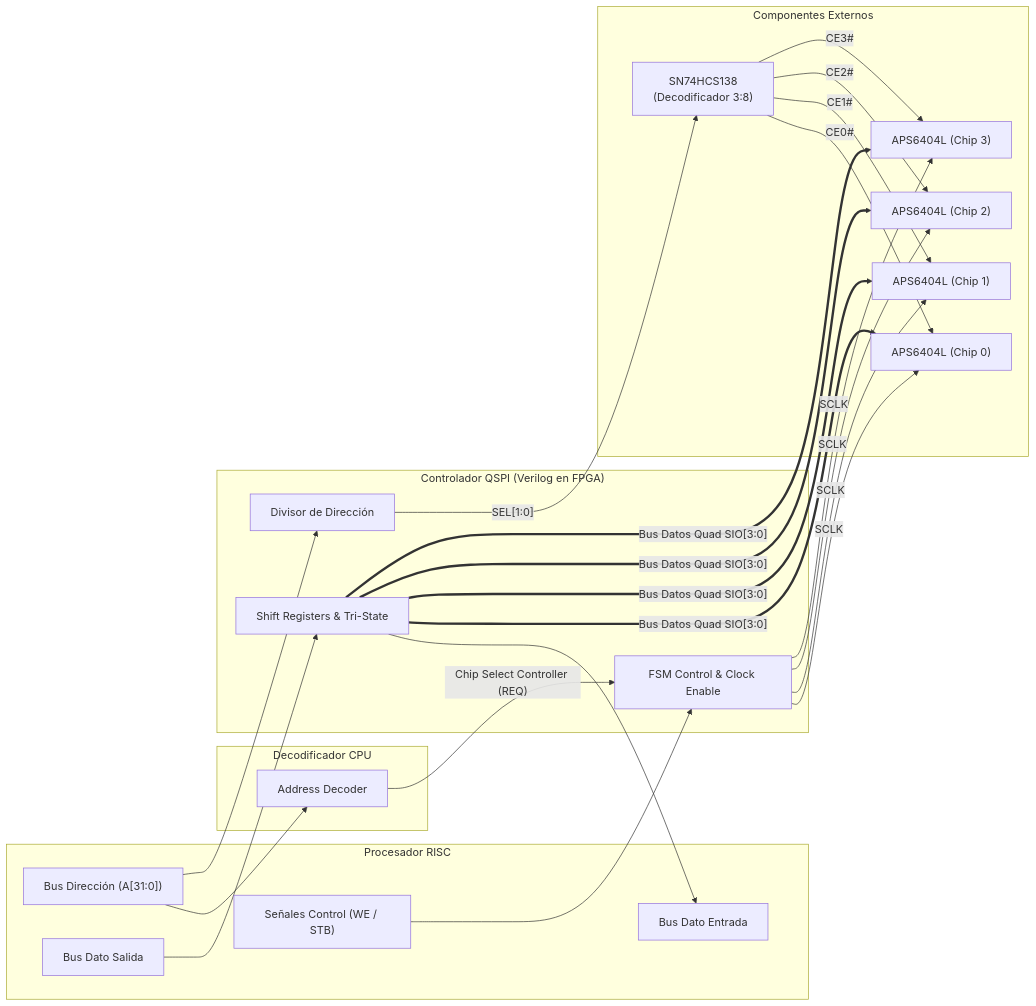
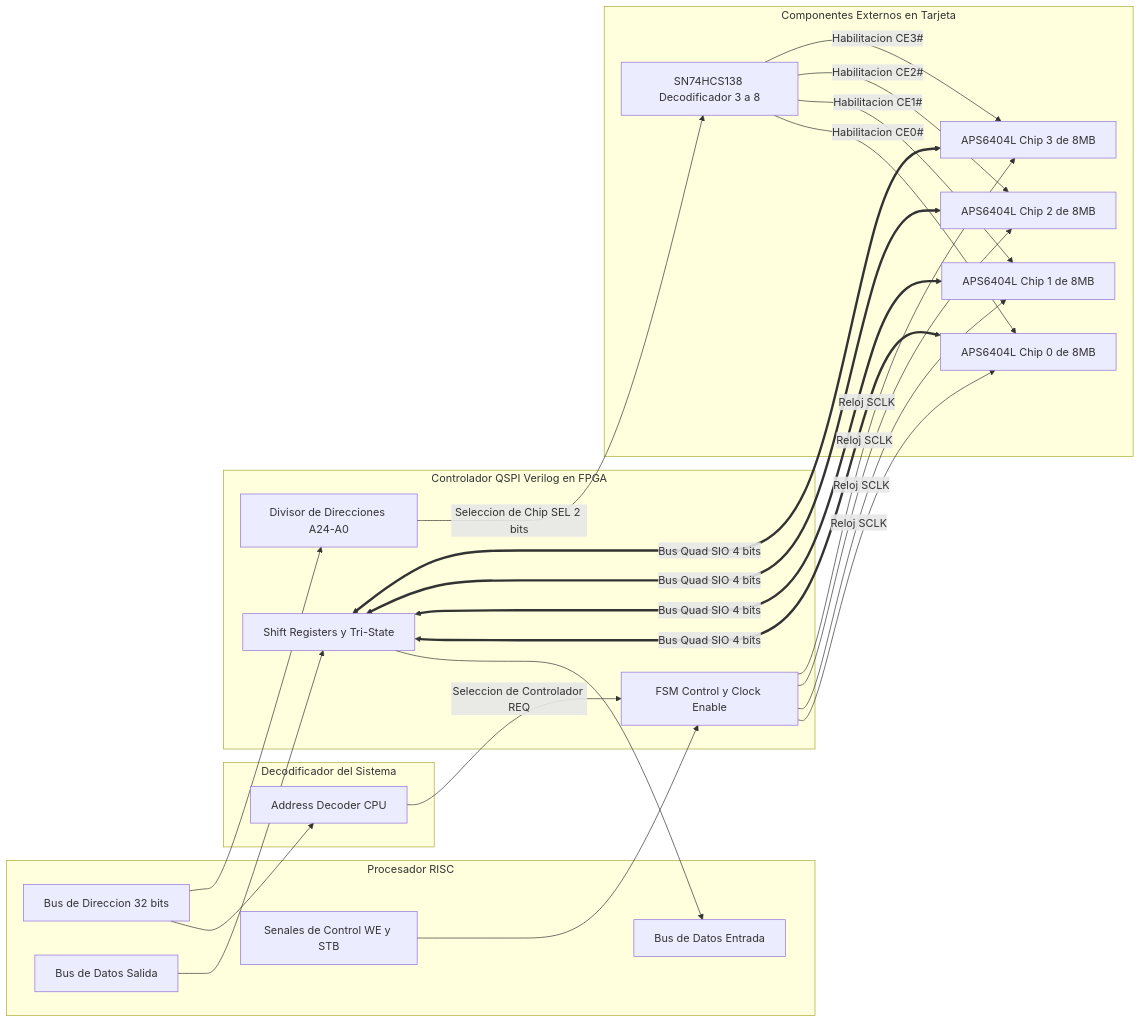
Before and after one commit to KUBIX2026/SPI_RAM: the second of 2 diagrams in spiram_ctrl.v/Readme.md, drawn with Mermaid.

Commit message:
Update Readme.md
Correcting graph and flowchart.

````diff
--- a/spiram_ctrl.v/Readme.md
+++ b/spiram_ctrl.v/Readme.md
@@ -88,48 +88,55 @@
 ```mermaid
 graph LR
-    subgraph CPU ["Procesador RISC"]
-        ADDR_BUS["Bus Dirección (A[31:0])"]
-        DATA_OUT["Bus Dato Salida"]
-        DATA_IN["Bus Dato Entrada"]
-        CTRL_BUS["Señales Control (WE / STB)"]
+    subgraph CPU [Procesador RISC]
+        ADDR_BUS[Bus de Direccion 32 bits]
+        DATA_OUT[Bus de Datos Salida]
+        DATA_IN[Bus de Datos Entrada]
+        CTRL_BUS[Senales de Control WE y STB]
     end
 
-    subgraph DECODER_SYS ["Decodificador CPU"]
-        ADDR_DEC["Address Decoder"]
+    subgraph DECODER_SYS [Decodificador del Sistema]
+        ADDR_DEC[Address Decoder CPU]
     end
 
-    subgraph CTRL_MODULE ["Controlador QSPI (Verilog en FPGA)"]
-        FSM["FSM Control & Clock Enable"]
-        DATA_REG["Shift Registers & Tri-State"]
-        ADDR_SPLIT["Divisor de Dirección"]
+    subgraph CTRL_MODULE [Controlador QSPI Verilog en FPGA]
+        FSM[FSM Control y Clock Enable]
+        DATA_REG[Shift Registers y Tri-State]
+        ADDR_SPLIT[Divisor de Direcciones A24-A0]
     end
 
-    subgraph HARDWARE_EXT ["Componentes Externos"]
-        DECODER_138["SN74HCS138<br>(Decodificador 3:8)"]
-        RAM0["APS6404L (Chip 0)"]
-        RAM1["APS6404L (Chip 1)"]
-        RAM2["APS6404L (Chip 2)"]
-        RAM3["APS6404L (Chip 3)"]
+    subgraph HARDWARE_EXT [Componentes Externos en Tarjeta]
+        DECODER_138[SN74HCS138 Decodificador 3 a 8]
+        RAM0[APS6404L Chip 0 de 8MB]
+        RAM1[APS6404L Chip 1 de 8MB]
+        RAM2[APS6404L Chip 2 de 8MB]
+        RAM3[APS6404L Chip 3 de 8MB]
     end
 
-    %% Conexiones CPU a Decodificador de Sistema
+    %% Conexiones CPU hacia Decodificador de Direcciones
     ADDR_BUS --> ADDR_DEC
-    ADDR_DEC -- "Chip Select Controller (REQ)" --> FSM
+    ADDR_DEC -- Seleccion de Controlador REQ --> FSM
 
-    %% Conexiones CPU a Controlador
+    %% Conexiones CPU hacia Controlador
     ADDR_BUS --> ADDR_SPLIT
     DATA_OUT --> DATA_REG
     DATA_REG --> DATA_IN
     CTRL_BUS --> FSM
 
-    %% Conexiones Controlador a Ext
-    ADDR_SPLIT -- "SEL[1:0]" --> DECODER_138
-    FSM -- "SCLK" --> RAM0 & RAM1 & RAM2 & RAM3
-    DATA_REG == "Bus Datos Quad SIO[3:0]" ==> RAM0 & RAM1 & RAM2 & RAM3
+    %% Conexiones internas y hacia externos desde el Controlador
+    ADDR_SPLIT -- Seleccion de Chip SEL 2 bits --> DECODER_138
+    FSM -- Reloj SCLK --> RAM0
+    FSM -- Reloj SCLK --> RAM1
+    FSM -- Reloj SCLK --> RAM2
+    FSM -- Reloj SCLK --> RAM3
 
-    %% Conexiones Decodificador '138 a RAMs
-    DECODER_138 -- "CE0#" --> RAM0
-    DECODER_138 -- "CE1#" --> RAM1
-    DECODER_138 -- "CE2#" --> RAM2
-    DECODER_138 -- "CE3#" --> RAM3
+    DATA_REG <== Bus Quad SIO 4 bits ==> RAM0
+    DATA_REG <== Bus Quad SIO 4 bits ==> RAM1
+    DATA_REG <== Bus Quad SIO 4 bits ==> RAM2
+    DATA_REG <== Bus Quad SIO 4 bits ==> RAM3
+
+    %% Habilitaciones desde Decodificador SN74HCS138 a cada Memoria
+    DECODER_138 -- Habilitacion CE0# --> RAM0
+    DECODER_138 -- Habilitacion CE1# --> RAM1
+    DECODER_138 -- Habilitacion CE2# --> RAM2
+    DECODER_138 -- Habilitacion CE3# --> RAM3
 ```
````
